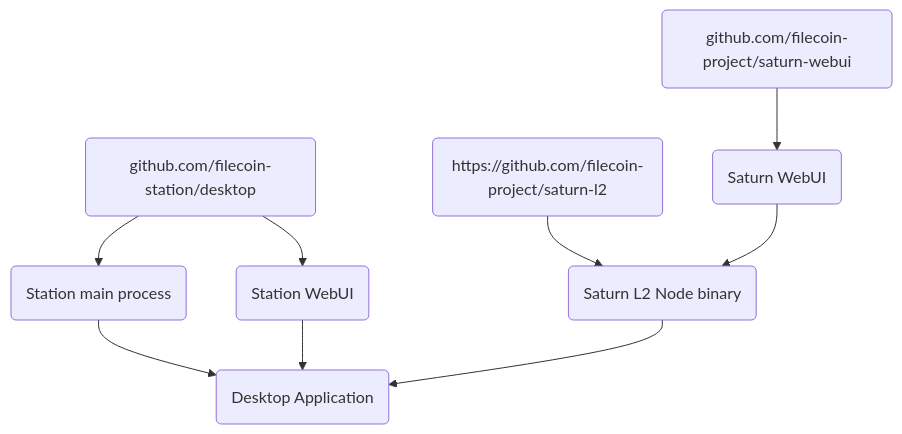
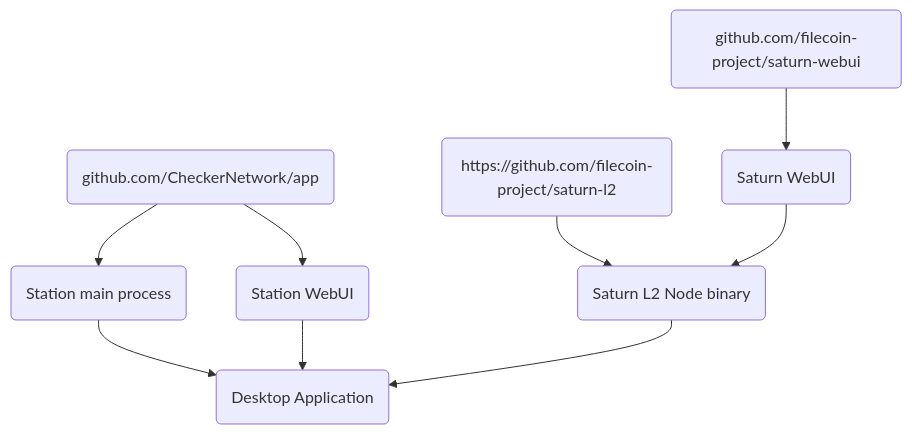
Before and after one commit to filecoin-station/desktop: the diagram in docs/DEVELOPING.md, drawn with Mermaid. The commit also changed other lines of this file and 54 other files, not shown here.

````diff
--- a/docs/DEVELOPING.md
+++ b/docs/DEVELOPING.md
@@ -7,16 +7,16 @@
 ```mermaid
 graph
-  fil-stat-repo(github.com/filecoin-station/desktop) --> fil-stat-main(Station main process)
+  fil-stat-repo(github.com/CheckerNetwork/app) --> fil-stat-main(Station main process)
   fil-stat-repo --> fil-stat-webui(Station WebUI)
 
   saturn-l2-repo(https://github.com/filecoin-project/saturn-l2)
   --> saturn-l2-go(Saturn L2 Node binary)
 
   saturn-webui-repo(github.com/filecoin-project/saturn-webui)
   --> saturn-webui(Saturn WebUI)
   saturn-webui --> saturn-l2-go
 
   fil-stat-main --> fil-stat-distro(Desktop Application)
   fil-stat-webui --> fil-stat-distro
   saturn-l2-go --> fil-stat-distro
 ```
````
